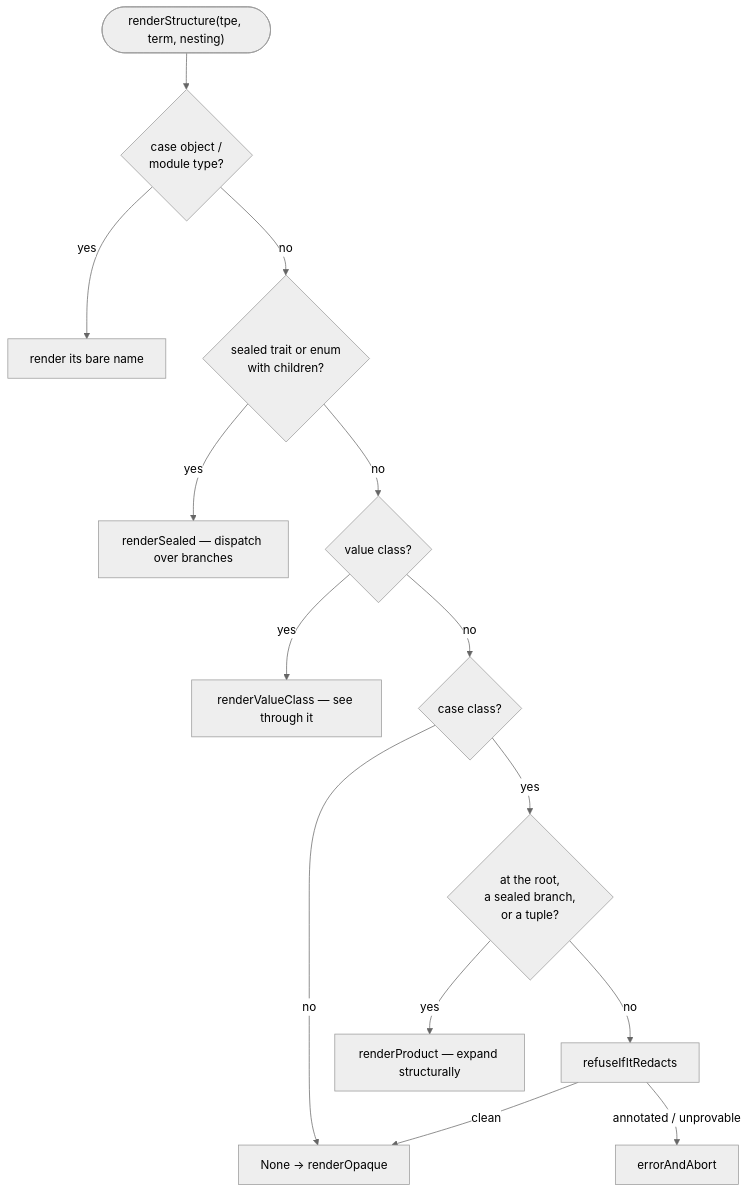
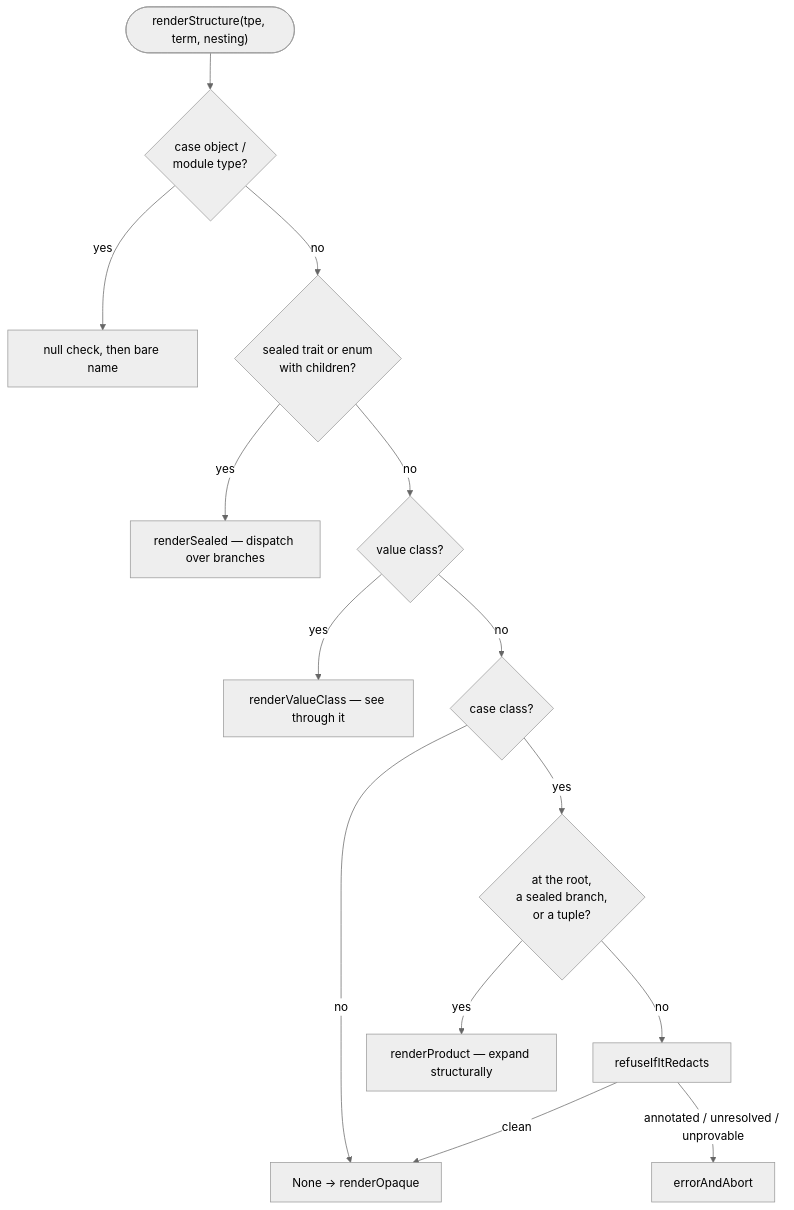
One commit to worxbend/worxbend changed the sixth of 11 diagrams in libs/commons/reveal/ARCHITECTURE.md. Above: the diagram before and after it, drawn with Mermaid (neutral theme). The commit also changed other lines of this file and 25 other files, not shown here.

````diff
--- a/libs/commons/reveal/ARCHITECTURE.md
+++ b/libs/commons/reveal/ARCHITECTURE.md
@@ -226,16 +226,16 @@
 ```mermaid
 flowchart TB
   IN(["renderStructure(tpe, term, nesting)"]) --> M{"case object /<br/>module type?"}
-  M -->|yes| MO["render its bare name"]
+  M -->|yes| MO["null check, then bare name"]
   M -->|no| SL{"sealed trait or enum<br/>with children?"}
   SL -->|yes| SLO["renderSealed — dispatch over branches"]
   SL -->|no| VC{"value class?"}
   VC -->|yes| VCO["renderValueClass — see through it"]
   VC -->|no| CC{"case class?"}
   CC -->|no| NONE["None → renderOpaque"]
   CC -->|yes| POS{"at the root,<br/>a sealed branch,<br/>or a tuple?"}
   POS -->|yes| EXP["renderProduct — expand structurally"]
   POS -->|no| SCAN["refuseIfItRedacts"]
   SCAN -->|"clean"| NONE
-  SCAN -->|"annotated / unprovable"| REF["errorAndAbort"]
+  SCAN -->|"annotated / unresolved / unprovable"| REF["errorAndAbort"]
 ```
````
